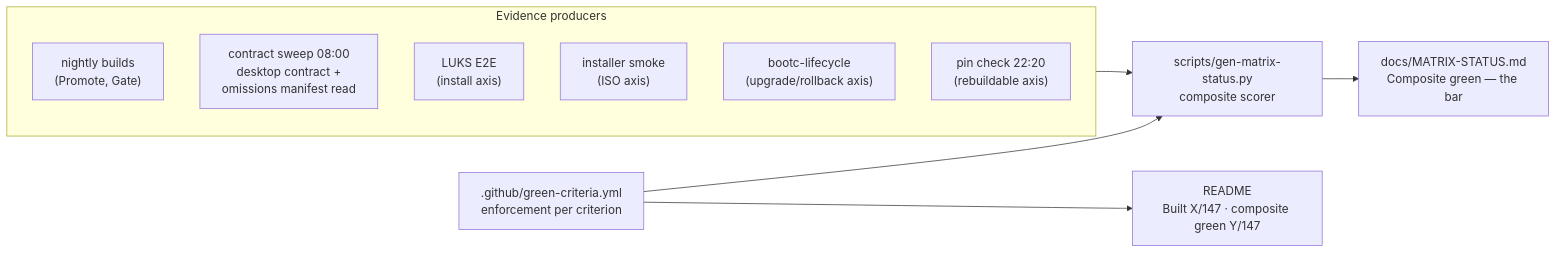
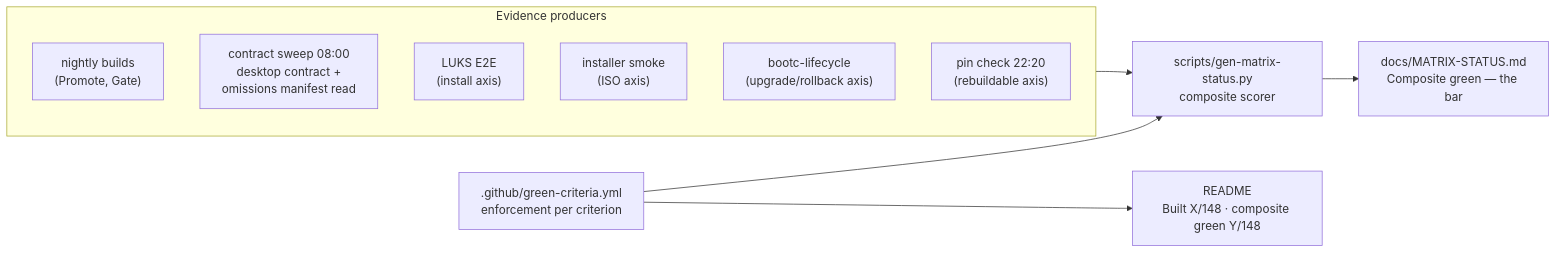
The fifth of 5 diagrams in docs/DEVELOPER-GUIDE.md (tuna-os/tunaOS), drawn with Mermaid before and after one commit. The commit also changed other lines of this file and 18 other files, not shown here.

````diff
--- a/docs/DEVELOPER-GUIDE.md
+++ b/docs/DEVELOPER-GUIDE.md
@@ -258,20 +258,20 @@
 ```mermaid
 flowchart LR
     subgraph evidence["Evidence producers"]
         BLD["nightly builds<br/>(Promote, Gate)"]
         SWEEP["contract sweep 08:00<br/>desktop contract +<br/>omissions manifest read"]
         LUKS["LUKS E2E<br/>(install axis)"]
         ISO["installer smoke<br/>(ISO axis)"]
         LC["bootc-lifecycle<br/>(upgrade/rollback axis)"]
         PIN["pin check 22:20<br/>(rebuildable axis)"]
     end
     CRIT[".github/green-criteria.yml<br/>enforcement per criterion"]
     GEN["scripts/gen-matrix-status.py<br/>composite scorer"]
     MS["docs/MATRIX-STATUS.md<br/>Composite green — the bar"]
-    RM["README<br/>Built X/147 · composite green Y/147"]
+    RM["README<br/>Built X/148 · composite green Y/148"]
 
     evidence --> GEN
     CRIT --> GEN
     GEN --> MS
     CRIT --> RM
 ```
````
